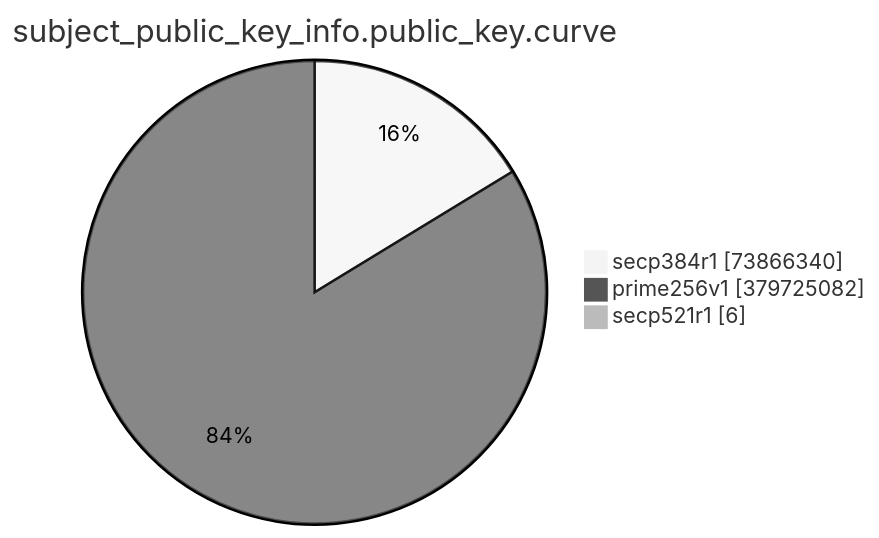
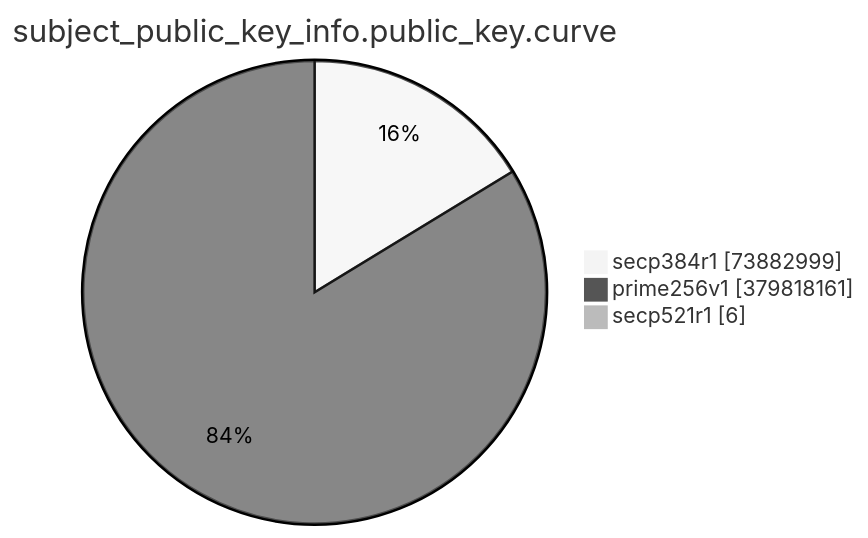
Before and after one commit to christiankrug/ctmonitor_visualization: the eighth of 15 diagrams in TOTAL/README.md, drawn with Mermaid (neutral theme). The commit also changed other lines of this file, not shown here.

````diff
--- a/TOTAL/README.md
+++ b/TOTAL/README.md
@@ -3094,7 +3094,7 @@
 ```mermaid
 pie showData
 title subject_public_key_info.public_key.curve
-"secp384r1" :73866340
-"prime256v1" :379725082
+"secp384r1" :73882999
+"prime256v1" :379818161
 "secp521r1" :6
 ```
````
